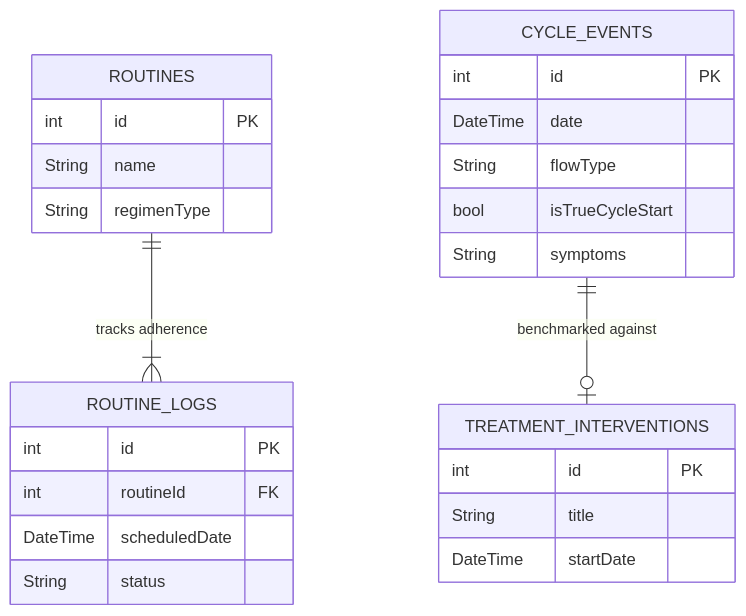
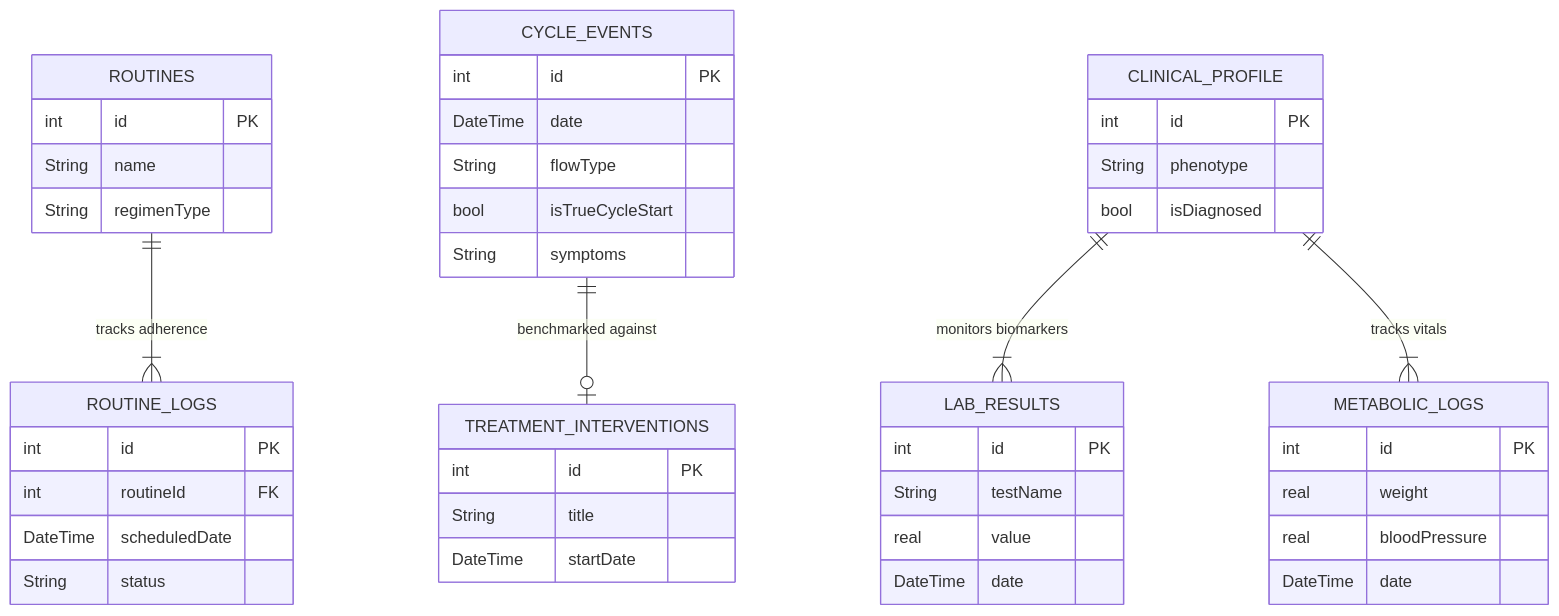
One commit to Susmita-Dey/ila_app changed the second of 2 diagrams in docs/ARCHITECTURE.md. Above: the diagram before and after it, drawn with Mermaid. The commit also changed other lines of this file and 14 other files, not shown here.

````diff
--- a/docs/ARCHITECTURE.md
+++ b/docs/ARCHITECTURE.md
@@ -32,32 +32,54 @@
 ```mermaid
 erDiagram
     ROUTINES ||--|{ ROUTINE_LOGS : "tracks adherence"
     CYCLE_EVENTS ||--o| TREATMENT_INTERVENTIONS : "benchmarked against"
+    CLINICAL_PROFILE ||--|{ LAB_RESULTS : "monitors biomarkers"
+    CLINICAL_PROFILE ||--|{ METABOLIC_LOGS : "tracks vitals"
 
     CYCLE_EVENTS {
         int id PK
         DateTime date
         String flowType
         bool isTrueCycleStart
         String symptoms
     }
     
     TREATMENT_INTERVENTIONS {
         int id PK
         String title
         DateTime startDate
     }
     
     ROUTINES {
         int id PK
         String name
         String regimenType
     }
     
     ROUTINE_LOGS {
         int id PK
         int routineId FK
         DateTime scheduledDate
         String status
     }
+
+    CLINICAL_PROFILE {
+        int id PK
+        String phenotype
+        bool isDiagnosed
+    }
+
+    LAB_RESULTS {
+        int id PK
+        String testName
+        real value
+        DateTime date
+    }
+
+    METABOLIC_LOGS {
+        int id PK
+        real weight
+        real bloodPressure
+        DateTime date
+    }
 ```
````
